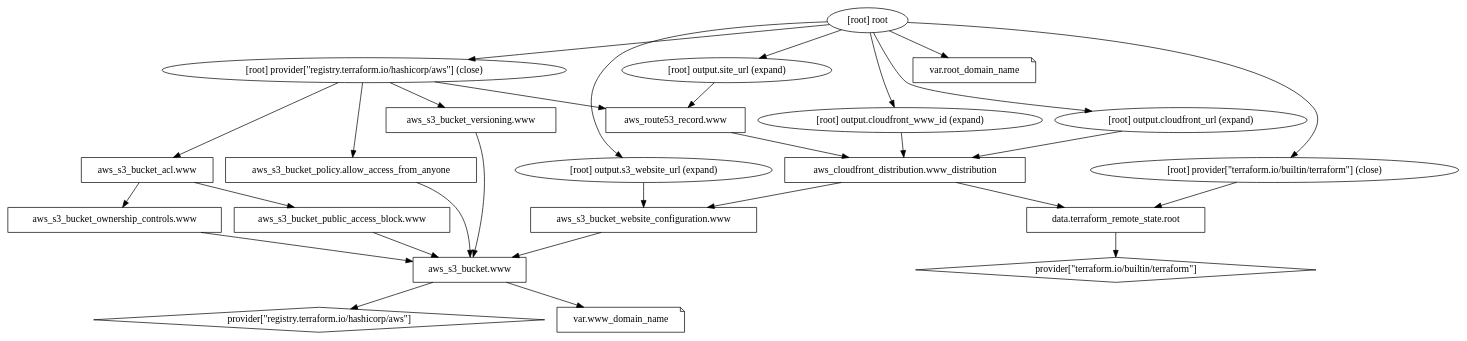
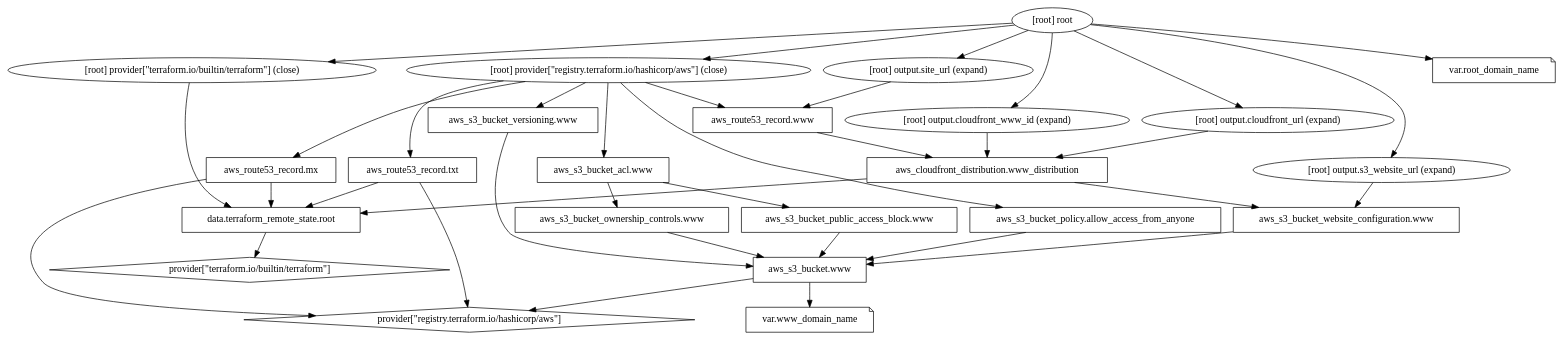
The diagram in websites/www.onyxroseadvisors.com/infrastructure/graph.dot (grocky/infrastructure), drawn with Graphviz before and after one commit. The commit also changed 3 other files, not shown here.

```diff
--- a/websites/www.onyxroseadvisors.com/infrastructure/graph.dot
+++ b/websites/www.onyxroseadvisors.com/infrastructure/graph.dot
@@ -1,49 +1,57 @@
 digraph {
 	compound = "true"
 	newrank = "true"
 	subgraph "root" {
 		"[root] aws_cloudfront_distribution.www_distribution (expand)" [label = "aws_cloudfront_distribution.www_distribution", shape = "box"]
+		"[root] aws_route53_record.mx (expand)" [label = "aws_route53_record.mx", shape = "box"]
+		"[root] aws_route53_record.txt (expand)" [label = "aws_route53_record.txt", shape = "box"]
 		"[root] aws_route53_record.www (expand)" [label = "aws_route53_record.www", shape = "box"]
 		"[root] aws_s3_bucket.www (expand)" [label = "aws_s3_bucket.www", shape = "box"]
 		"[root] aws_s3_bucket_acl.www (expand)" [label = "aws_s3_bucket_acl.www", shape = "box"]
 		"[root] aws_s3_bucket_ownership_controls.www (expand)" [label = "aws_s3_bucket_ownership_controls.www", shape = "box"]
 		"[root] aws_s3_bucket_policy.allow_access_from_anyone (expand)" [label = "aws_s3_bucket_policy.allow_access_from_anyone", shape = "box"]
 		"[root] aws_s3_bucket_public_access_block.www (expand)" [label = "aws_s3_bucket_public_access_block.www", shape = "box"]
 		"[root] aws_s3_bucket_versioning.www (expand)" [label = "aws_s3_bucket_versioning.www", shape = "box"]
 		"[root] aws_s3_bucket_website_configuration.www (expand)" [label = "aws_s3_bucket_website_configuration.www", shape = "box"]
 		"[root] data.terraform_remote_state.root (expand)" [label = "data.terraform_remote_state.root", shape = "box"]
 		"[root] provider[\"registry.terraform.io/hashicorp/aws\"]" [label = "provider[\"registry.terraform.io/hashicorp/aws\"]", shape = "diamond"]
 		"[root] provider[\"terraform.io/builtin/terraform\"]" [label = "provider[\"terraform.io/builtin/terraform\"]", shape = "diamond"]
 		"[root] var.root_domain_name" [label = "var.root_domain_name", shape = "note"]
 		"[root] var.www_domain_name" [label = "var.www_domain_name", shape = "note"]
 		"[root] aws_cloudfront_distribution.www_distribution (expand)" -> "[root] aws_s3_bucket_website_configuration.www (expand)"
 		"[root] aws_cloudfront_distribution.www_distribution (expand)" -> "[root] data.terraform_remote_state.root (expand)"
+		"[root] aws_route53_record.mx (expand)" -> "[root] data.terraform_remote_state.root (expand)"
+		"[root] aws_route53_record.mx (expand)" -> "[root] provider[\"registry.terraform.io/hashicorp/aws\"]"
+		"[root] aws_route53_record.txt (expand)" -> "[root] data.terraform_remote_state.root (expand)"
+		"[root] aws_route53_record.txt (expand)" -> "[root] provider[\"registry.terraform.io/hashicorp/aws\"]"
 		"[root] aws_route53_record.www (expand)" -> "[root] aws_cloudfront_distribution.www_distribution (expand)"
 		"[root] aws_s3_bucket.www (expand)" -> "[root] provider[\"registry.terraform.io/hashicorp/aws\"]"
 		"[root] aws_s3_bucket.www (expand)" -> "[root] var.www_domain_name"
 		"[root] aws_s3_bucket_acl.www (expand)" -> "[root] aws_s3_bucket_ownership_controls.www (expand)"
 		"[root] aws_s3_bucket_acl.www (expand)" -> "[root] aws_s3_bucket_public_access_block.www (expand)"
 		"[root] aws_s3_bucket_ownership_controls.www (expand)" -> "[root] aws_s3_bucket.www (expand)"
 		"[root] aws_s3_bucket_policy.allow_access_from_anyone (expand)" -> "[root] aws_s3_bucket.www (expand)"
 		"[root] aws_s3_bucket_public_access_block.www (expand)" -> "[root] aws_s3_bucket.www (expand)"
 		"[root] aws_s3_bucket_versioning.www (expand)" -> "[root] aws_s3_bucket.www (expand)"
 		"[root] aws_s3_bucket_website_configuration.www (expand)" -> "[root] aws_s3_bucket.www (expand)"
 		"[root] data.terraform_remote_state.root (expand)" -> "[root] provider[\"terraform.io/builtin/terraform\"]"
 		"[root] output.cloudfront_url (expand)" -> "[root] aws_cloudfront_distribution.www_distribution (expand)"
 		"[root] output.cloudfront_www_id (expand)" -> "[root] aws_cloudfront_distribution.www_distribution (expand)"
 		"[root] output.s3_website_url (expand)" -> "[root] aws_s3_bucket_website_configuration.www (expand)"
 		"[root] output.site_url (expand)" -> "[root] aws_route53_record.www (expand)"
+		"[root] provider[\"registry.terraform.io/hashicorp/aws\"] (close)" -> "[root] aws_route53_record.mx (expand)"
+		"[root] provider[\"registry.terraform.io/hashicorp/aws\"] (close)" -> "[root] aws_route53_record.txt (expand)"
 		"[root] provider[\"registry.terraform.io/hashicorp/aws\"] (close)" -> "[root] aws_route53_record.www (expand)"
 		"[root] provider[\"registry.terraform.io/hashicorp/aws\"] (close)" -> "[root] aws_s3_bucket_acl.www (expand)"
 		"[root] provider[\"registry.terraform.io/hashicorp/aws\"] (close)" -> "[root] aws_s3_bucket_policy.allow_access_from_anyone (expand)"
 		"[root] provider[\"registry.terraform.io/hashicorp/aws\"] (close)" -> "[root] aws_s3_bucket_versioning.www (expand)"
 		"[root] provider[\"terraform.io/builtin/terraform\"] (close)" -> "[root] data.terraform_remote_state.root (expand)"
 		"[root] root" -> "[root] output.cloudfront_url (expand)"
 		"[root] root" -> "[root] output.cloudfront_www_id (expand)"
 		"[root] root" -> "[root] output.s3_website_url (expand)"
 		"[root] root" -> "[root] output.site_url (expand)"
 		"[root] root" -> "[root] provider[\"registry.terraform.io/hashicorp/aws\"] (close)"
 		"[root] root" -> "[root] provider[\"terraform.io/builtin/terraform\"] (close)"
 		"[root] root" -> "[root] var.root_domain_name"
 	}
 }
```
